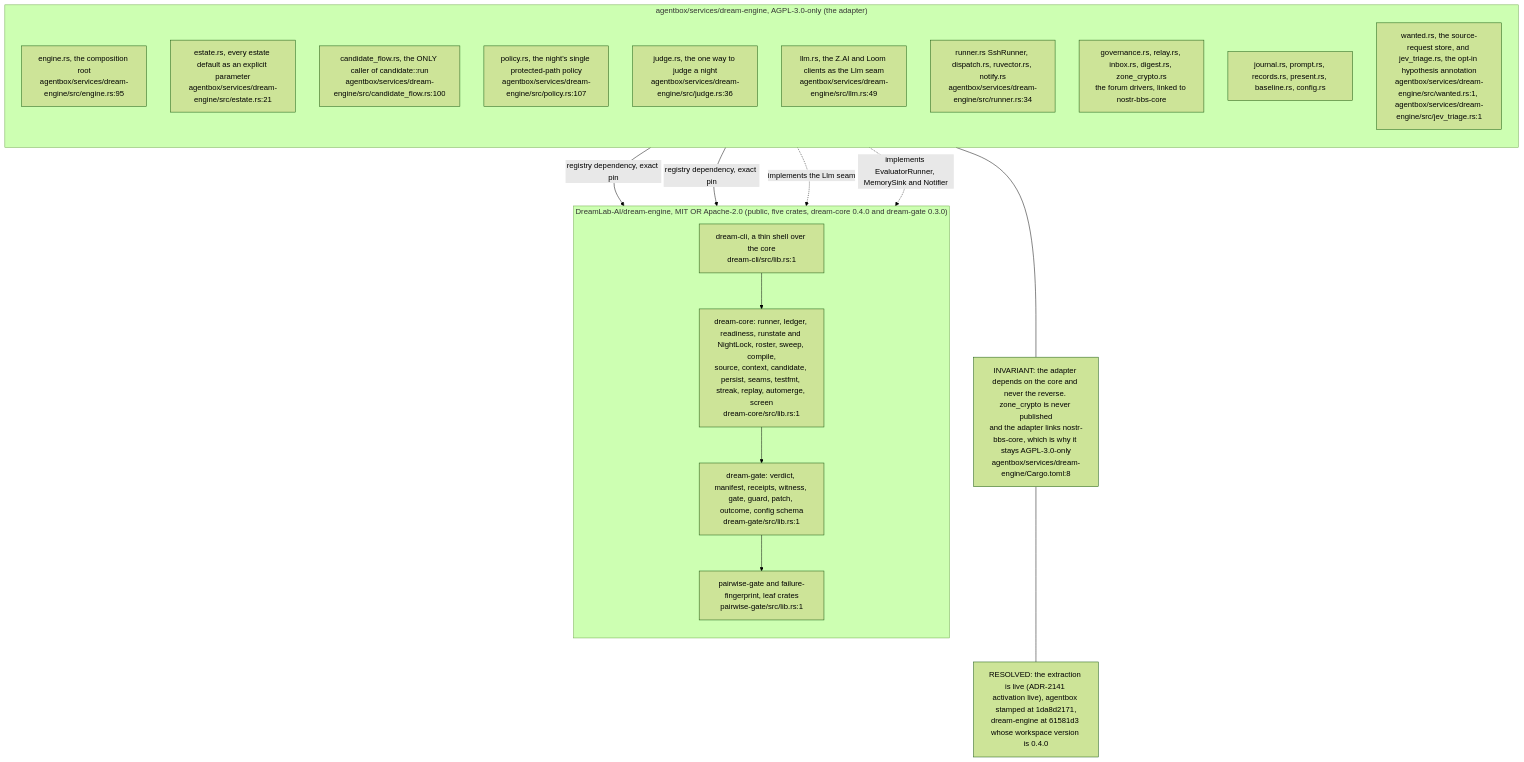
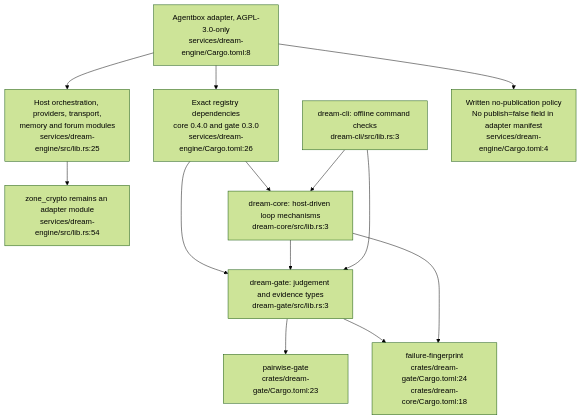
The third of 22 diagrams in docs/diagrams/agentbox/23-dream-engine.md (DreamLab-AI/VisionFlow), drawn with Mermaid (forest theme) before and after one commit. The commit also changed other lines of this file and 36 other files, not shown here.

````diff
--- a/docs/diagrams/agentbox/23-dream-engine.md
+++ b/docs/diagrams/agentbox/23-dream-engine.md
@@ -242,34 +245,15 @@
 ```mermaid
 flowchart TB
-    subgraph adapter["agentbox/services/dream-engine, AGPL-3.0-only (the adapter)"]
-        direction TB
-        E1["engine.rs, the composition root<br/>agentbox/services/dream-engine/src/engine.rs:95"]
-        E2["estate.rs, every estate default as an explicit parameter<br/>agentbox/services/dream-engine/src/estate.rs:21"]
-        E3["candidate_flow.rs, the ONLY caller of candidate::run<br/>agentbox/services/dream-engine/src/candidate_flow.rs:100"]
-        E4["policy.rs, the night's single protected-path policy<br/>agentbox/services/dream-engine/src/policy.rs:107"]
-        E5["judge.rs, the one way to judge a night<br/>agentbox/services/dream-engine/src/judge.rs:36"]
-        E6["llm.rs, the Z.AI and Loom clients as the Llm seam<br/>agentbox/services/dream-engine/src/llm.rs:49"]
-        E7["runner.rs SshRunner, dispatch.rs, ruvector.rs, notify.rs<br/>agentbox/services/dream-engine/src/runner.rs:34"]
-        E8["governance.rs, relay.rs, inbox.rs, digest.rs, zone_crypto.rs<br/>the forum drivers, linked to nostr-bbs-core"]
-        E9["journal.rs, prompt.rs, records.rs, present.rs, baseline.rs, config.rs"]
-        E10["wanted.rs, the source-request store, and jev_triage.rs, the opt-in hypothesis annotation<br/>agentbox/services/dream-engine/src/wanted.rs:1, agentbox/services/dream-engine/src/jev_triage.rs:1"]
-    end
-    subgraph core["DreamLab-AI/dream-engine, MIT OR Apache-2.0 (public, five crates, dream-core 0.4.0 and dream-gate 0.3.0)"]
-        direction TB
-        C1["dream-core: runner, ledger, readiness, runstate and NightLock, roster, sweep, compile,<br/>source, context, candidate, persist, seams, testfmt, streak, replay, automerge, screen<br/>dream-core/src/lib.rs:1"]
-        C2["dream-gate: verdict, manifest, receipts, witness, gate, guard, patch, outcome, config schema<br/>dream-gate/src/lib.rs:1"]
-        C3["pairwise-gate and failure-fingerprint, leaf crates<br/>pairwise-gate/src/lib.rs:1"]
-        C4["dream-cli, a thin shell over the core<br/>dream-cli/src/lib.rs:1"]
-    end
-    E1 -->|"registry dependency, exact pin"| C1
-    E1 -->|"registry dependency, exact pin"| C2
-    C1 --> C2
-    C2 --> C3
-    C4 --> C1
-    E6 -.->|"implements the Llm seam"| C1
-    E7 -.->|"implements EvaluatorRunner, MemorySink and Notifier"| C1
-    BARRIER["INVARIANT: the adapter depends on the core and never the reverse. zone_crypto is never published<br/>and the adapter links nostr-bbs-core, which is why it stays AGPL-3.0-only<br/>agentbox/services/dream-engine/Cargo.toml:8"]
-    E8 --- BARRIER
-    STAMP["RESOLVED: the extraction is live (ADR-2141 activation live), agentbox stamped at 1da8d2171,<br/>dream-engine at 61581d3 whose workspace version is 0.4.0"]
-    BARRIER --- STAMP
+    AD["Agentbox adapter, AGPL-3.0-only<br/>services/dream-engine/Cargo.toml:8"] --> MODULES["Host orchestration, providers, transport,<br/>memory and forum modules<br/>services/dream-engine/src/lib.rs:25"]
+    MODULES --> ENVELOPE["zone_crypto remains an adapter module<br/>services/dream-engine/src/lib.rs:54"]
+    AD --> PIN["Exact registry dependencies<br/>core 0.4.0 and gate 0.3.0<br/>services/dream-engine/Cargo.toml:26"]
+    PIN --> CORE["dream-core: host-driven loop mechanisms<br/>dream-core/src/lib.rs:3"]
+    PIN --> GATE["dream-gate: judgement and evidence types<br/>dream-gate/src/lib.rs:3"]
+    CORE --> GATE
+    GATE --> PAIR["pairwise-gate<br/>crates/dream-gate/Cargo.toml:23"]
+    GATE --> FP["failure-fingerprint<br/>crates/dream-gate/Cargo.toml:24<br/>crates/dream-core/Cargo.toml:18"]
+    CORE --> FP
+    CLI["dream-cli: offline command checks<br/>dream-cli/src/lib.rs:3"] --> CORE
+    CLI --> GATE
+    AD --> POLICY["Written no-publication policy<br/>No publish=false field in adapter manifest<br/>services/dream-engine/Cargo.toml:4"]
 ```
````
